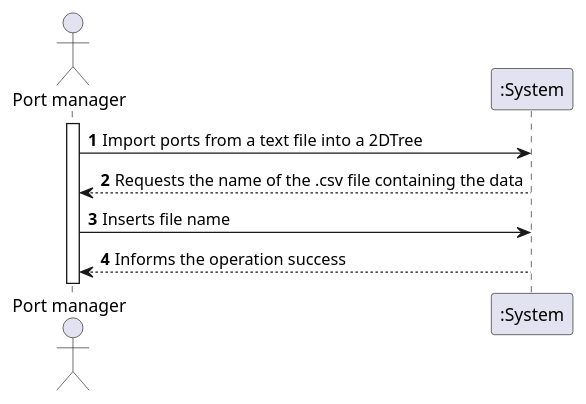
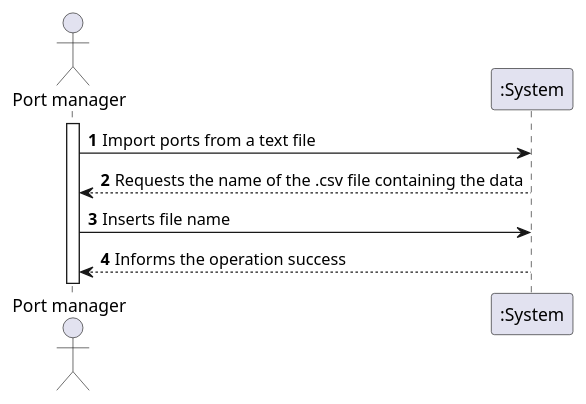
One commit to 0franciscor/lapr3-2021-g042 changed the diagram in docs/US201/US201_SSD.puml. Above: the diagram before and after it, drawn with PlantUML. The commit also changed 14 other files, not shown here.

```diff
--- a/docs/US201/US201_SSD.puml
+++ b/docs/US201/US201_SSD.puml
@@ -1,13 +1,13 @@
 @startuml
 autonumber
 
 actor "Port manager" as M
 
 activate M
-M -> ":System": Import ports from a text file into a 2DTree
+M -> ":System": Import ports from a text file
 ":System" --> M --: Requests the name of the .csv file containing the data
 M -> ":System": Inserts file name
 ":System" --> M --: Informs the operation success
 
 
 @enduml
```
